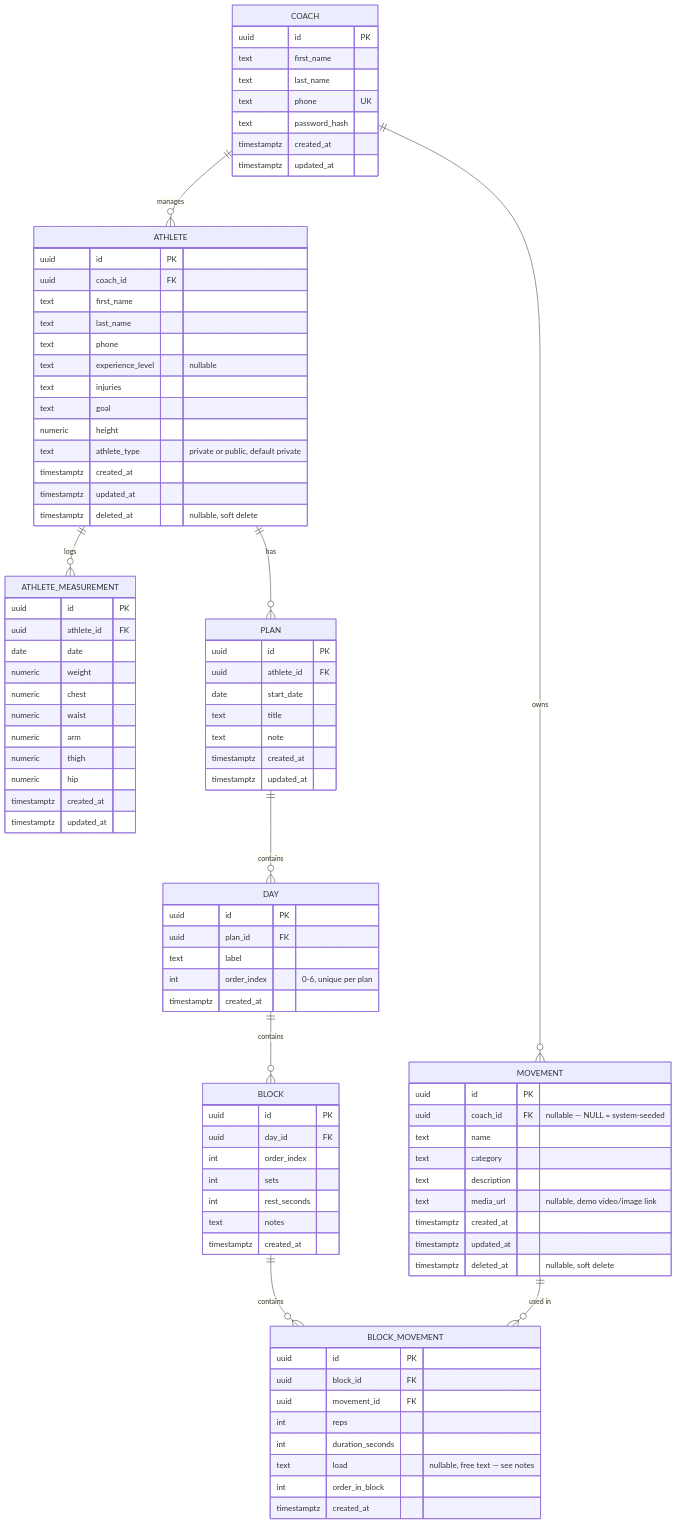
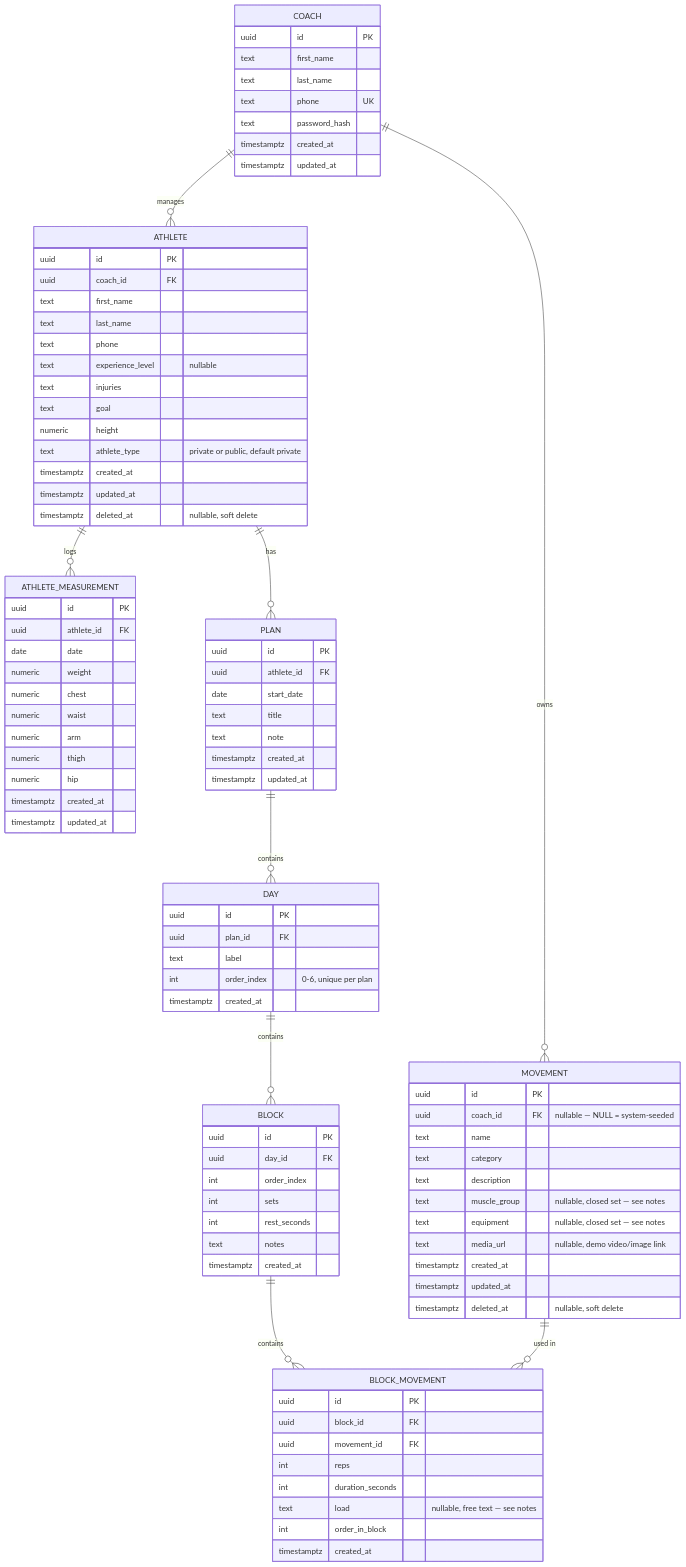
Before and after one commit to AbolfazlTayyar/GoGym: the diagram in docs/er-diagram.md, drawn with Mermaid. The commit also changed other lines of this file and 28 other files, not shown here.

```diff
--- a/docs/er-diagram.md
+++ b/docs/er-diagram.md
@@ -103,6 +103,8 @@
         text name
         text category
         text description
+        text muscle_group "nullable, closed set — see notes"
+        text equipment "nullable, closed set — see notes"
         text media_url "nullable, demo video/image link"
         timestamptz created_at
         timestamptz updated_at
```
